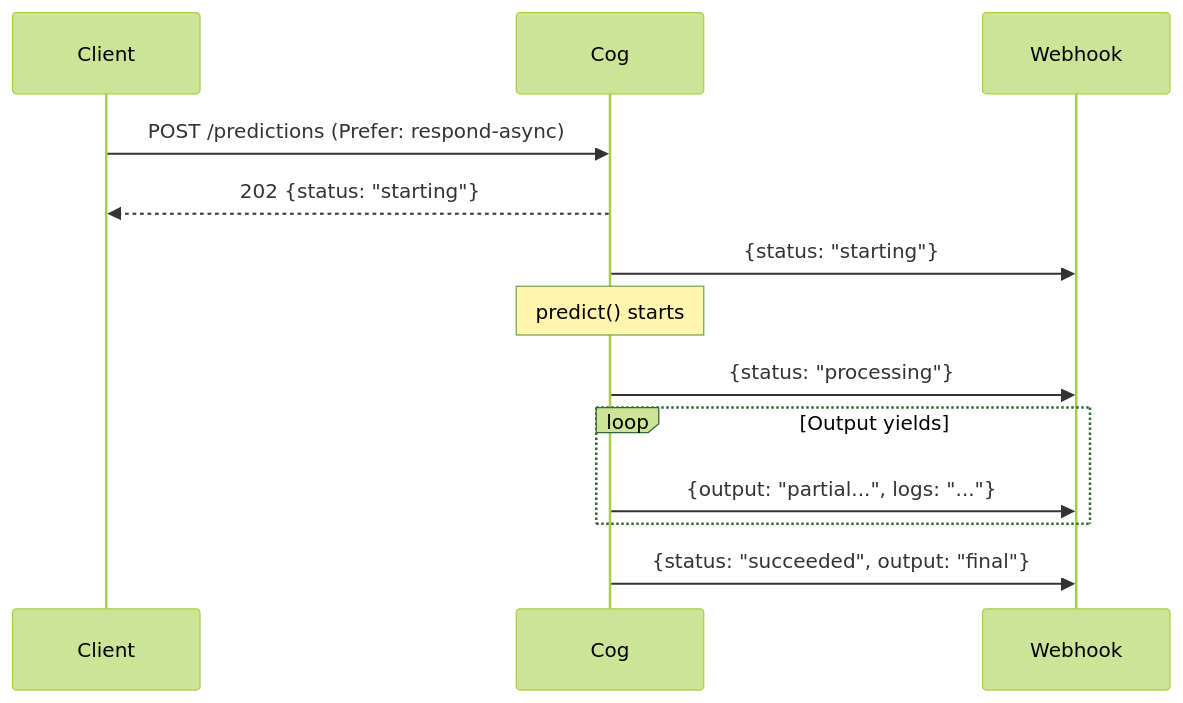
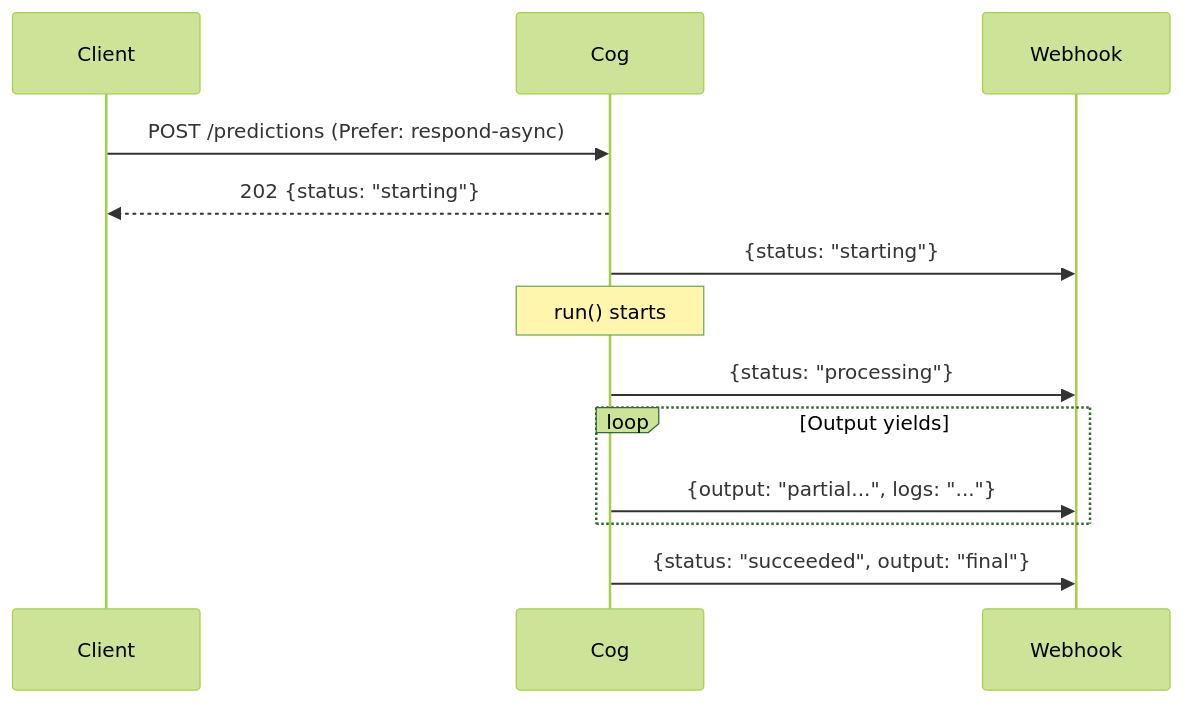
Before and after one commit to replicate/cog: the sixth of 6 diagrams in architecture/03-prediction-api.md, drawn with Mermaid (forest theme). The commit also changed other lines of this file and 73 other files, not shown here.

First line of the commit message:
feat: Rename predict to run with backward compatibility (#3015)

````diff
--- a/architecture/03-prediction-api.md
+++ b/architecture/03-prediction-api.md
@@ -299,19 +299,19 @@
 ```mermaid
 sequenceDiagram
     participant Client
     participant Cog
     participant Webhook
 
     Client->>Cog: POST /predictions (Prefer: respond-async)
     Cog-->>Client: 202 {status: "starting"}
 
     Cog->>Webhook: {status: "starting"}
-    Note over Cog: predict() starts
+    Note over Cog: run() starts
     Cog->>Webhook: {status: "processing"}
 
     loop Output yields
         Cog->>Webhook: {output: "partial...", logs: "..."}
     end
 
     Cog->>Webhook: {status: "succeeded", output: "final"}
 ```
````
